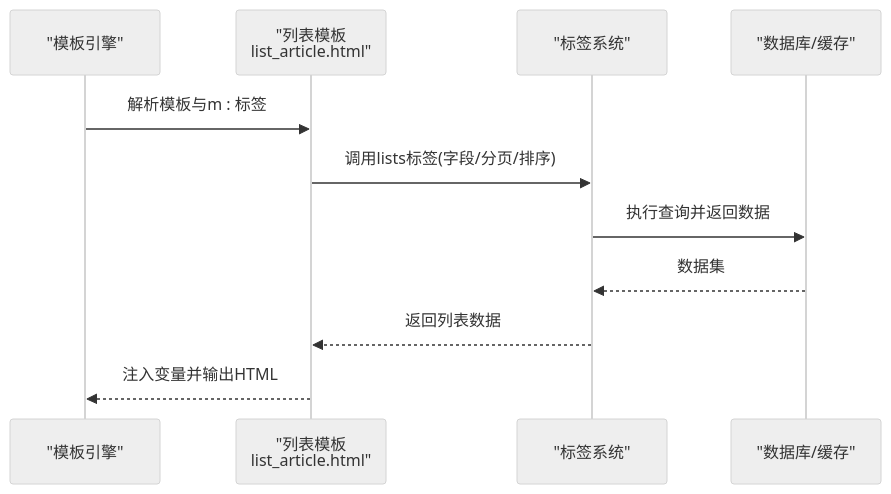
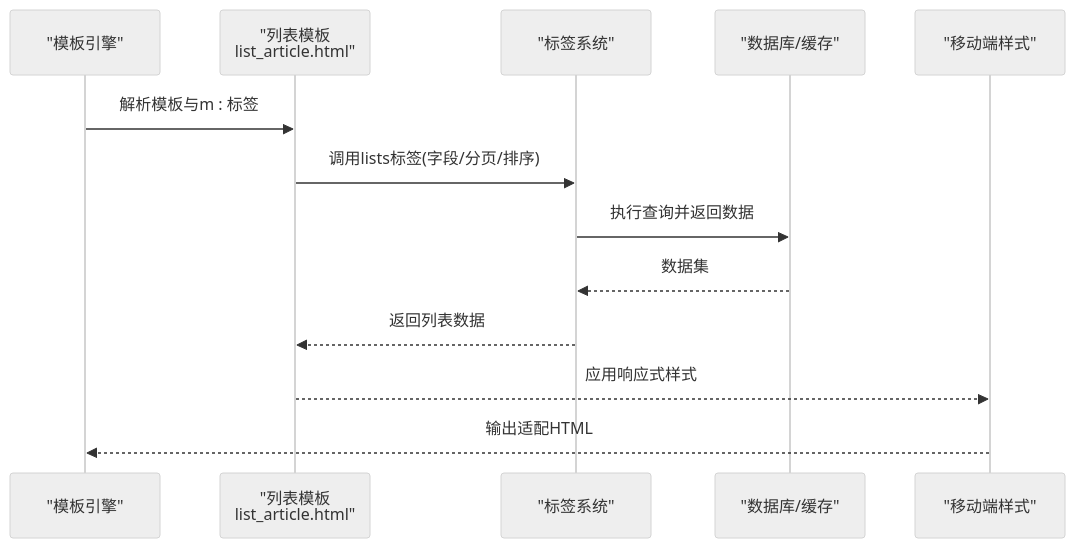
The fifth of 7 diagrams in .qoder/repowiki/zh/content/系统架构/模块化设计/前台展示模块/前台模板系统.md (lirongyaoper/lryblog.com), drawn with Mermaid (neutral theme) before and after one commit. The commit also changed other lines of this file and 13 other files, not shown here.

````diff
--- a/.qoder/repowiki/zh/content/系统架构/模块化设计/前台展示模块/前台模板系统.md
+++ b/.qoder/repowiki/zh/content/系统架构/模块化设计/前台展示模块/前台模板系统.md
@@ -229,13 +224,15 @@
 ```mermaid
 sequenceDiagram
 participant T as "模板引擎"
 participant L as "列表模板<br/>list_article.html"
 participant TAG as "标签系统"
 participant DB as "数据库/缓存"
+participant MOBILE as "移动端样式"
 T->>L : 解析模板与m : 标签
 L->>TAG : 调用lists标签(字段/分页/排序)
 TAG->>DB : 执行查询并返回数据
 DB-->>TAG : 数据集
 TAG-->>L : 返回列表数据
-L-->>T : 注入变量并输出HTML
+L-->>MOBILE : 应用响应式样式
+MOBILE-->>T : 输出适配HTML
 ```
````
